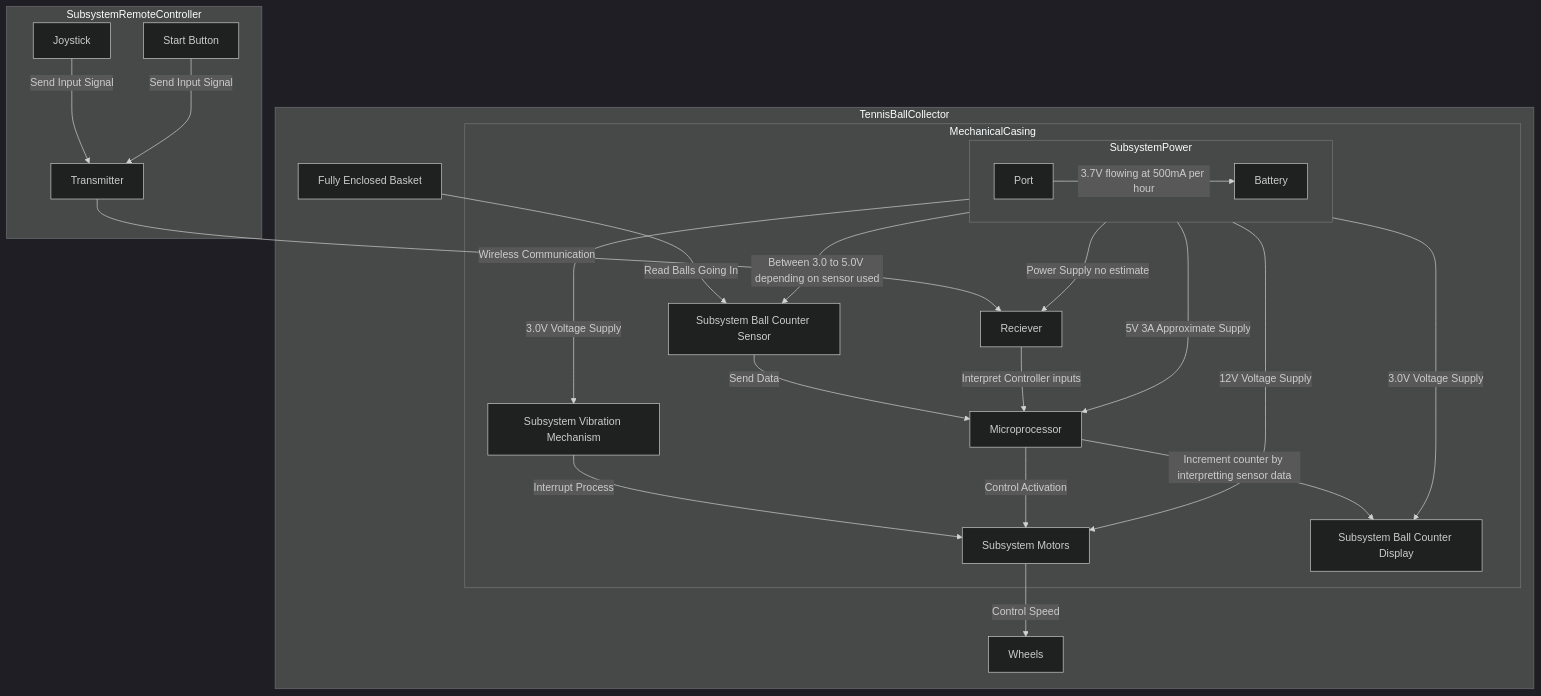
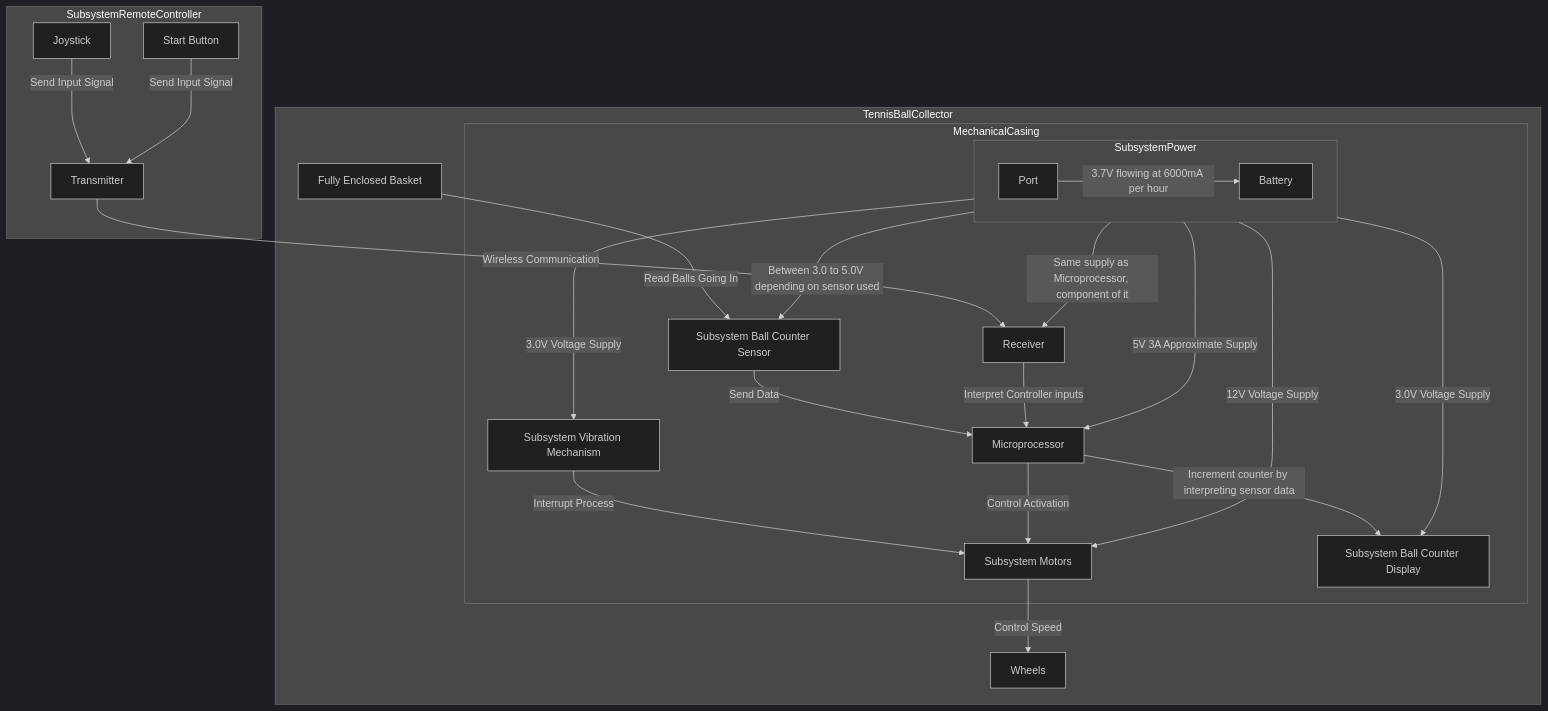
The first of 3 diagrams in Reports/Conceptual Design.md (link422/F24_Team3_TennisBallCollector), drawn with Mermaid (dark theme) before and after one commit. The commit also changed other lines of this file, not shown here.

Commit message:
Update Conceptual Design.md

````diff
--- a/Reports/Conceptual Design.md
+++ b/Reports/Conceptual Design.md
@@ -93,58 +90,58 @@
-```mermaid
+ ```mermaid
 flowchart TD
     A1[Fully Enclosed Basket]
     A2[Subsystem Ball Counter Sensor]
     A3[Wheels]
     A21[Subsystem Vibration Mechanism]
     A22[Subsystem Motors]
     A23[Subsystem Ball Counter Display]
-    A24[Reciever]
+    A24[Receiver]
     A25[Battery]
     A26[Port]
     A27[Microprocessor]
-
+ 
     B1[Joystick]
     B2[Start Button]
     B3[Transmitter]
-
+ 
     subgraph TennisBallCollector
     A1 --> |Read Balls Going In|A2
     A2 --> |Send Data|A27
-    A27 --> |Increment counter by interpretting sensor data|A23
+    A27 --> |Increment counter by interpreting sensor data|A23
     subgraph MechanicalCasing
     A21 --> |Interrupt Process|A22
     A24 --> |Interpret Controller inputs|A27
     A27 --> |Control Activation|A22
     SubsystemPower --> |3.0V Voltage Supply|A21
     SubsystemPower --> |12V Voltage Supply|A22
     SubsystemPower --> |3.0V Voltage Supply|A23
-    SubsystemPower --> |Power Supply no estimate|A24
+    SubsystemPower --> |Same supply as Microprocessor, component of it|A24
     SubsystemPower --> |5V 3A Approximate Supply|A27
     SubsystemPower --> |Between 3.0 to 5.0V depending on sensor used|A2
     subgraph SubsystemPower
-    A26 --> |3.7V flowing at 500mA per hour|A25
+    A26 --> |3.7V flowing at 6000mA per hour|A25
     end
     end
     A22 --> |Control Speed|A3
     end
-
+ 
     subgraph SubsystemRemoteController
     B1 --> |Send Input Signal|B3
     B2 --> |Send Input Signal|B3
     end
-
+ 
     B3 --> |Wireless Communication|A24
-
+ 
     click A1 "Fully Enclosed Basket for storing the Tennis Balls collected. "
-    click A2 "Goal is to sense the balls going into the basket and communicate to counter via the microprocessor. Component is [10-11] with designed voltage amplifier circuit from battery"
-    click A21 "If tennis ball gets stuck, activate mechanism and recollect jammed tennis balls. Component is [8] with designed voltage divider circuit from battery"
-    click A22 "Used for self propelling the wheels of the Tennis Ball Collector. See DC motor link in budget section. Include voltage amplifier circuit from battery"
-    click A23 "Increment ball counter and display on LCD [7] like display located on the surface of mechanical casing. Can't implement on controller because controller used shall be kept minimally modified from original design (Not making controller from scratch)."
-    click A24 "Receive the signals sent by the Remote Controller. Microcontroller [3] has the necessary components to receive data from the controller. Construct voltage amplifier/divider if necessary"
-    click A25 "Lithium ion battery used to power the electronics in the system. See Battery link in budget section for battery used. Construct voltage divider to interpret voltage coming in from the port."
-    click A26 "Mechanism whether USB-A, USB-C, or micro-cable that is capatable with existing chargers. Assume voltage delivered to port is 20V."
-    click A27 "Provide communication between systems to interpret data. See [3]"
-    click B1 "Mechanism used to control the direction of the Tennis Ball Collector. See RC transmitter/receiver link in budget section."
-    click B2 "Mechanism used to turn on/off of the Tennis Ball Collector remotely. See RC transmitter/receiver link in budget section."
-    click B3 "Send signals to the Tennis Ball Collector to control. See RC transmitter/receiver link in budget section."
+    click A2 "Components [2][3]: Goal is to sense the balls going into the basket and communicate to counter via the microprocessor. Needs voltage amplifier circuit from battery"
+    click A21 "Component [5]: If tennis ball gets stuck, activate mechanism and recollect jammed tennis balls. Needs voltage divider circuit from battery"
+    click A22 "Component [4]: Used for self propelling the wheels of the Tennis Ball Collector. See DC motor link in budget section. Needs voltage amplifier circuit from battery"
+    click A23 "Component [6]: Increment ball counter and display on LCD display located on the surface of mechanical casing. Can't implement on controller because controller used shall be kept minimally modified from original design (Not making controller from scratch)."
+    click A24 "Included in Microprocessor [9]: Receive the signals sent by the Remote Controller. Construct voltage amplifier/divider if necessary"
+    click A25 "Component [8]: Lithium-ion battery used to power the electronics in the system.  Construct voltage divider to interpret voltage coming in from the port."
+    click A26 "Component [7]: Mechanism whether USB-A, USB-C, or micro-cable that is compatible with existing chargers. Assume voltage delivered to port is 20V that needs a voltage divider to convert to 3.7V at 1A."
+    click A27 "Microprocessor [9]: Provide communication between systems to interpret data."
+    click B1 "Included in Component [10]: Mechanism used to control the direction of the Tennis Ball Collector."
+    click B2 "Included in Component [10]: Mechanism used to turn on/off of the Tennis Ball Collector remotely."
+    click B3 "Included in Component [10]: Send signals to the Tennis Ball Collector to control."
 ```
````
